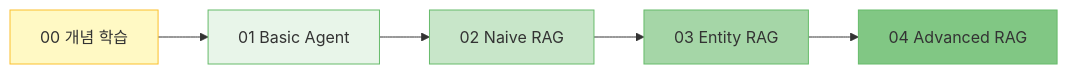
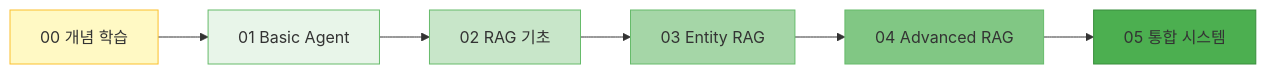
The diagram in README.md (Ranponim/rag_agent), drawn with Mermaid before and after one commit. The commit also changed other lines of this file and 6 other files, not shown here.

````diff
--- a/README.md
+++ b/README.md
@@ -109,13 +105,15 @@
 ```mermaid
 graph LR
     Concept[00 개념 학습] --> A[01 Basic Agent]
-    A --> B[02 Naive RAG]
+    A --> B[02 RAG 기초]
     B --> C[03 Entity RAG]
     C --> D[04 Advanced RAG]
+    D --> E[05 통합 시스템]
     
     style Concept fill:#fff9c4,stroke:#fbc02d
     style A fill:#e8f5e9,stroke:#66bb6a
     style B fill:#c8e6c9,stroke:#66bb6a
     style C fill:#a5d6a7,stroke:#66bb6a
     style D fill:#81c784,stroke:#66bb6a
+    style E fill:#4caf50,stroke:#388e3c
 ```
````
